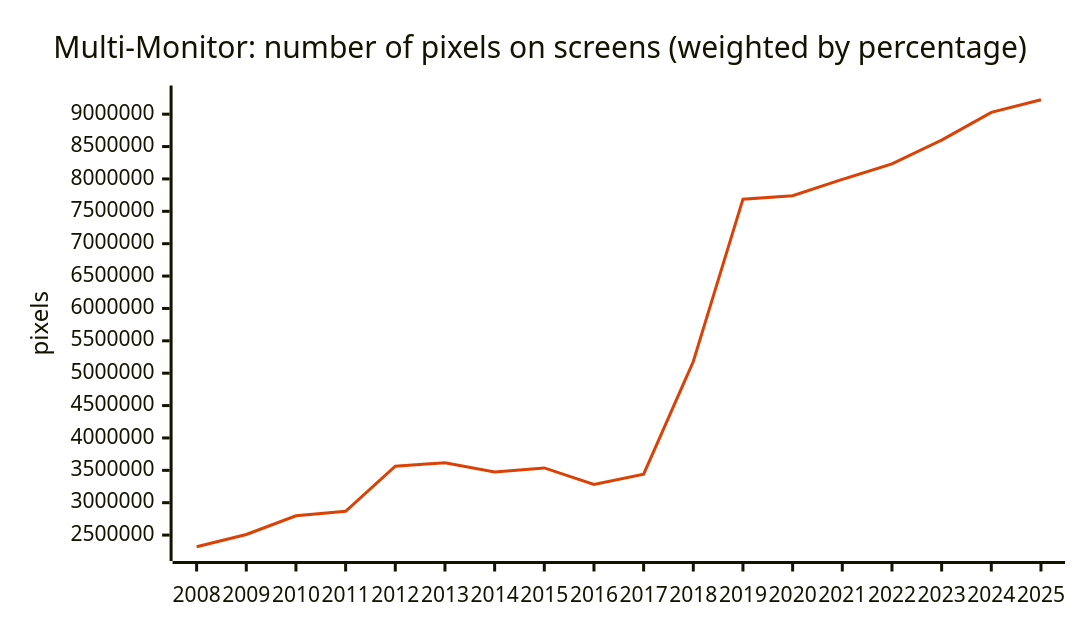
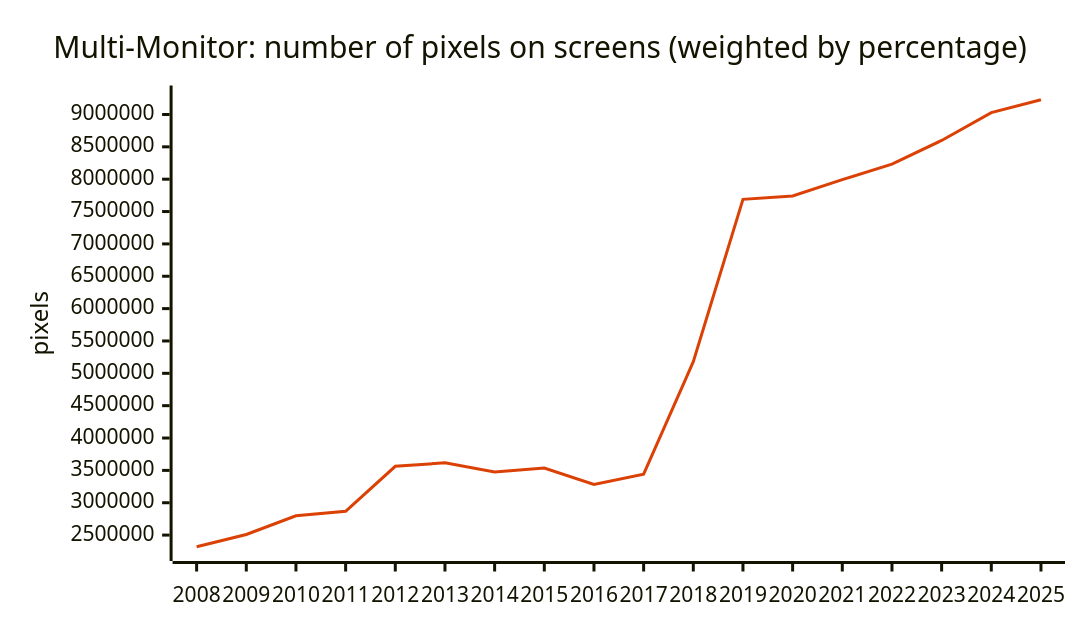
Diagram 13 of 16 in README.md (jdegene/steamHWsurvey), drawn with Mermaid before and after one commit. The commit also changed other lines of this file and 1 other file, not shown here.

Commit message:
added other platform aspect ratio graphs

````diff
--- a/README.md
+++ b/README.md
@@ -402,19 +414,19 @@
 ```mermaid
 ---
 config:
     xyChart:
         width: 700
         height: 400
         
     themeVariables:
         xyChart:
             plotColorPalette: "#DB4105"
 
 --- 
 
 xychart-beta
     title "Multi-Monitor: number of pixels on screens (weighted by percentage)"
     x-axis [2008, 2009, 2010, 2011, 2012, 2013, 2014, 2015, 2016, 2017, 2018, 2019, 2020, 2021, 2022, 2023, 2024, 2025]
     y-axis "pixels" 
-    line [2319909.5456, 2509416.3005333333, 2798777.9104, 2867947.6621714286, 3563643.0461, 3616471.1752, 3474378.030618182, 3537545.9458333333, 3281757.5182666667, 3441108.7957666665, 5179962.898033333, 7688149.9864, 7739759.53, 7992133.524266667, 8231354.020799999, 8598812.918666666, 9028144.557333333, 9222842.2144]
+    line [2319909.5456, 2509416.3005333333, 2798777.9104, 2867947.6621714286, 3563643.0461, 3616471.1752, 3474378.030618182, 3537545.9458333333, 3281757.5182666667, 3441108.7957666665, 5179962.898033333, 7688149.9864, 7739759.53, 7992133.524266667, 8231354.020799999, 8598812.918666666, 9028144.557333333, 9227643.128]
 ``` 
````
